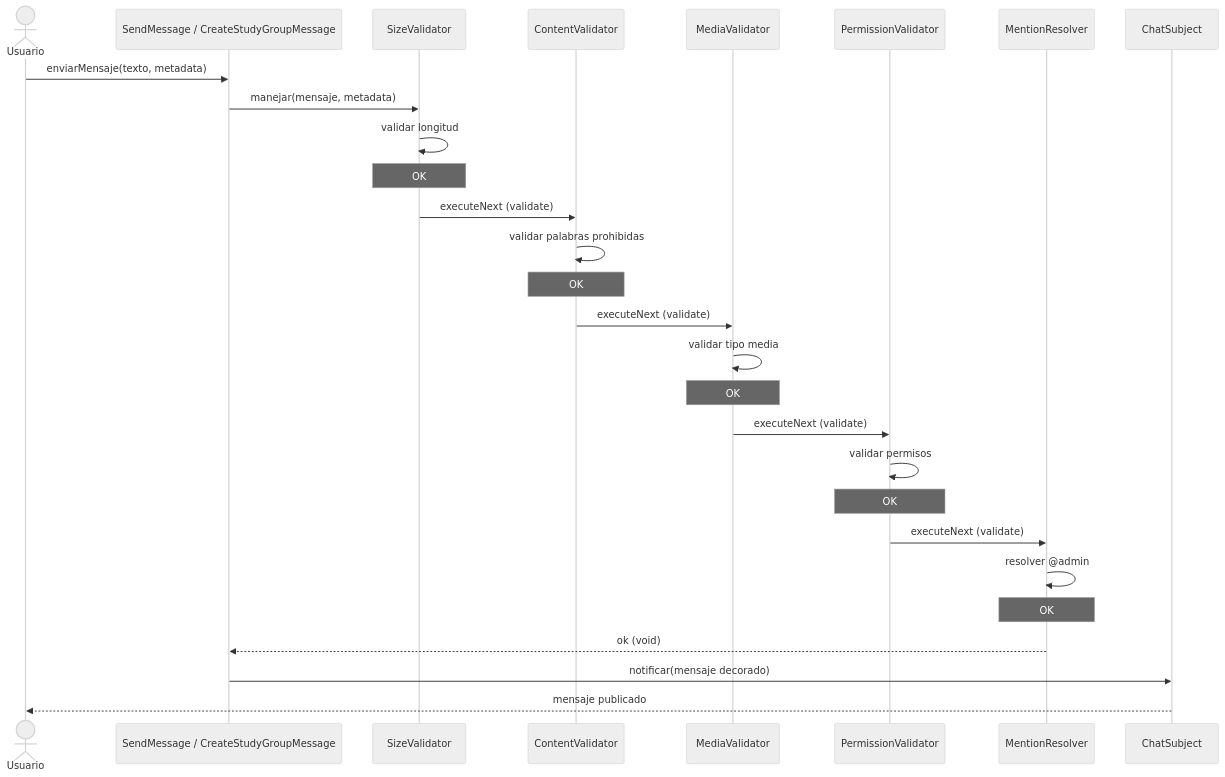
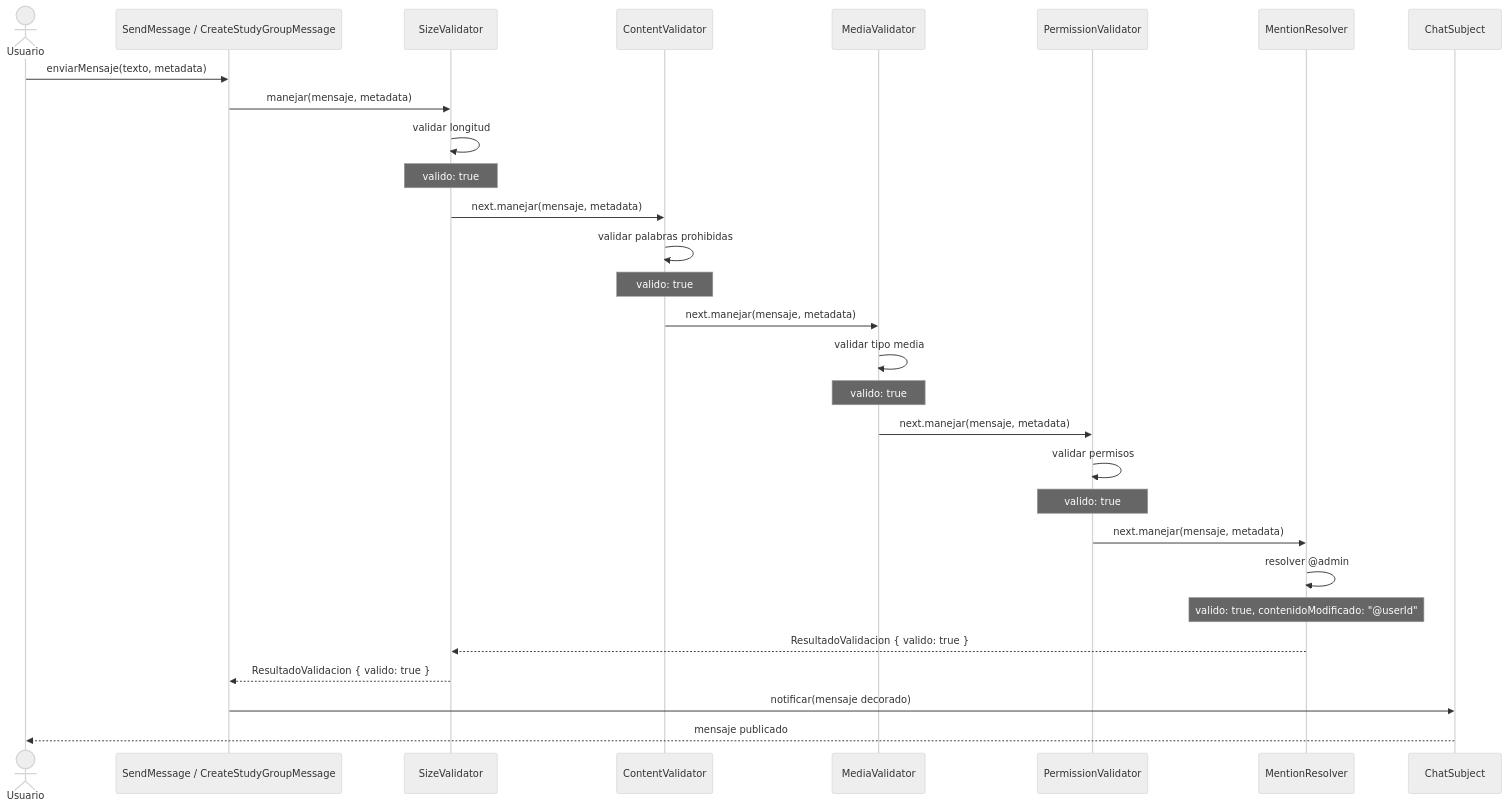
Before and after one commit to Cgomez2107/UniConnect: the second of 3 diagrams in backend/shared/patterns/chain/message/README.md, drawn with Mermaid (neutral theme). The commit also changed other lines of this file and 14 other files, not shown here.

Commit message:
refactor(chain): unify manejar() flow, hide handlers behind setSiguiente(this), and propagate contenidoModificado

````diff
--- a/backend/shared/patterns/chain/message/README.md
+++ b/backend/shared/patterns/chain/message/README.md
@@ -66,37 +65,38 @@
 ```mermaid
 sequenceDiagram
     actor Usuario
     participant Cliente as SendMessage / CreateStudyGroupMessage
     participant SZ as SizeValidator
     participant CV as ContentValidator
     participant MV as MediaValidator
     participant PV as PermissionValidator
     participant MR as MentionResolver
     participant CS as ChatSubject
 
     Usuario->>Cliente: enviarMensaje(texto, metadata)
     Cliente->>SZ: manejar(mensaje, metadata)
 
     SZ->>SZ: validar longitud
-    Note over SZ: OK
-    SZ->>CV: executeNext (validate)
+    Note over SZ: valido: true
+    SZ->>CV: next.manejar(mensaje, metadata)
 
     CV->>CV: validar palabras prohibidas
-    Note over CV: OK
-    CV->>MV: executeNext (validate)
+    Note over CV: valido: true
+    CV->>MV: next.manejar(mensaje, metadata)
 
     MV->>MV: validar tipo media
-    Note over MV: OK
-    MV->>PV: executeNext (validate)
+    Note over MV: valido: true
+    MV->>PV: next.manejar(mensaje, metadata)
 
     PV->>PV: validar permisos
-    Note over PV: OK
-    PV->>MR: executeNext (validate)
+    Note over PV: valido: true
+    PV->>MR: next.manejar(mensaje, metadata)
 
     MR->>MR: resolver @admin
-    Note over MR: OK
-    MR-->>Cliente: ok (void)
+    Note over MR: valido: true, contenidoModificado: "@userId"
+    MR-->>SZ: ResultadoValidacion { valido: true }
 
+    SZ-->>Cliente: ResultadoValidacion { valido: true }
     Cliente->>CS: notificar(mensaje decorado)
     CS-->>Usuario: mensaje publicado
 ```
````
